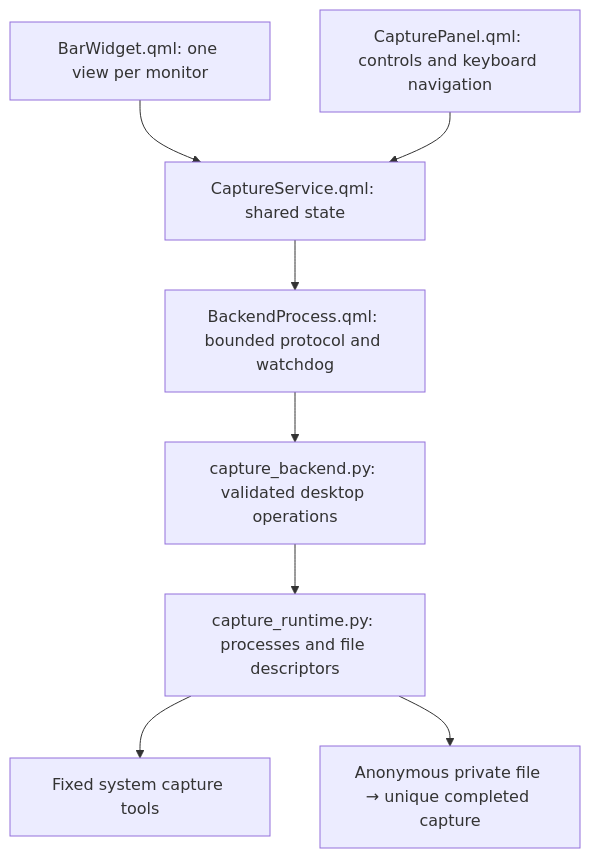
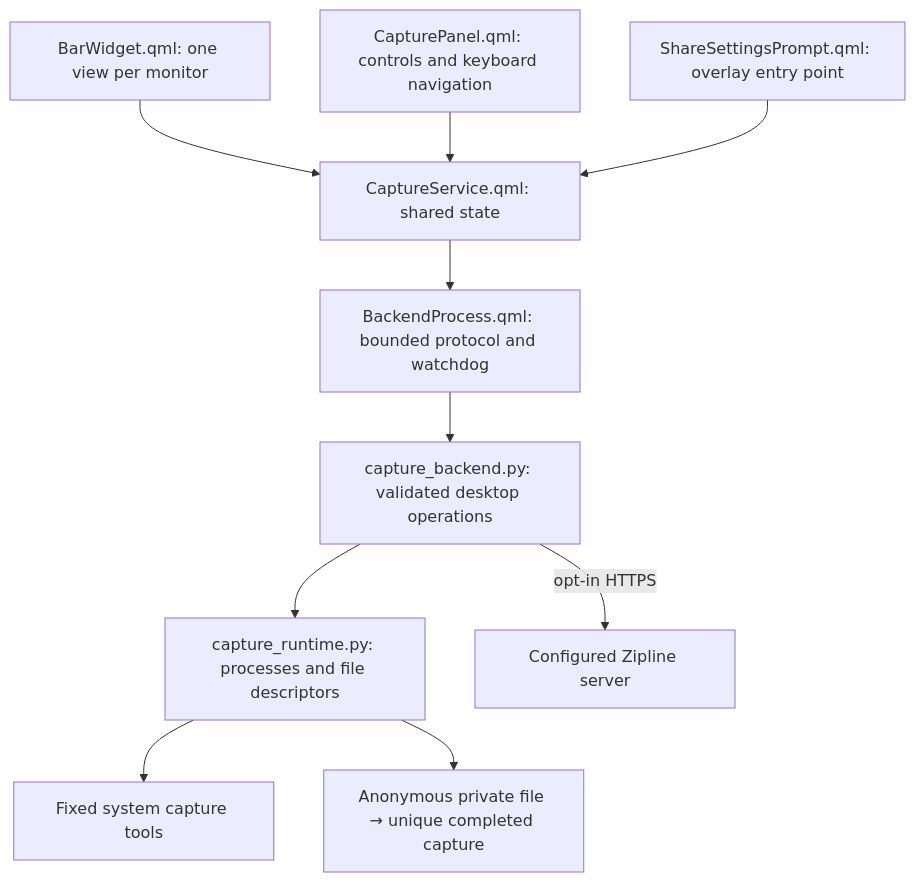
The diagram in docs/ARCHITECTURE.md (chyld/omarchy-easy-capture), drawn with Mermaid before and after one commit. The commit also changed other lines of this file and 13 other files, not shown here.

````diff
--- a/docs/ARCHITECTURE.md
+++ b/docs/ARCHITECTURE.md
@@ -6,10 +6,12 @@
 ```mermaid
 flowchart TD
   Bar[BarWidget.qml: one view per monitor] --> Service[CaptureService.qml: shared state]
   Panel[CapturePanel.qml: controls and keyboard navigation] --> Service
+  Settings[ShareSettingsPrompt.qml: overlay entry point] --> Service
   Service --> Transport[BackendProcess.qml: bounded protocol and watchdog]
   Transport --> Backend[capture_backend.py: validated desktop operations]
   Backend --> Runtime[capture_runtime.py: processes and file descriptors]
   Runtime --> Tools[Fixed system capture tools]
   Runtime --> Files[Anonymous private file → unique completed capture]
+  Backend -->|opt-in HTTPS| Zipline[Configured Zipline server]
 ```
````
